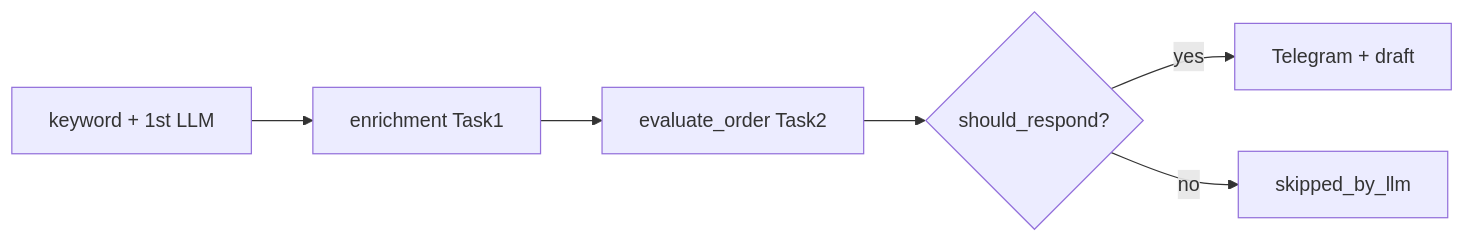
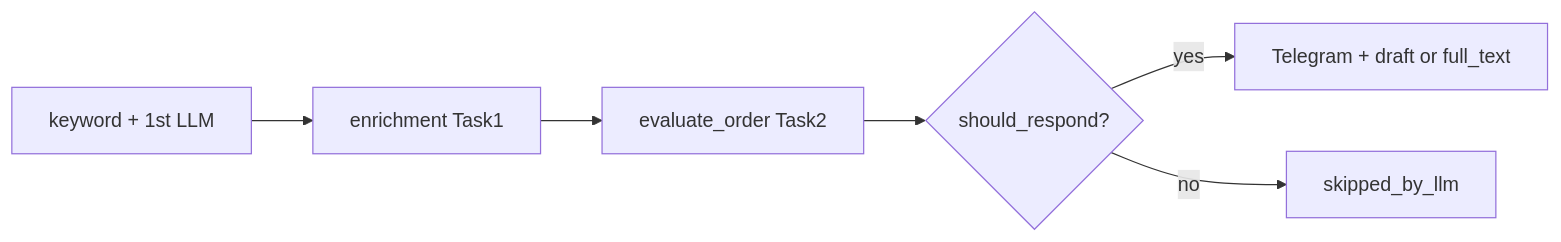
One commit to jeffrystone/test23 changed the diagram in workforge/docs/task-02-final-llm-filtering.md. Above: the diagram before and after it, drawn with Mermaid. The commit also changed other lines of this file and 14 other files, not shown here.

````diff
--- a/workforge/docs/task-02-final-llm-filtering.md
+++ b/workforge/docs/task-02-final-llm-filtering.md
@@ -13,8 +13,8 @@
 ```mermaid
 flowchart LR
   keyword[keyword + 1st LLM] --> enrich[enrichment Task1]
   enrich --> finalLlm[evaluate_order Task2]
   finalLlm --> decision{should_respond?}
-  decision -->|yes| telegram[Telegram + draft]
+  decision -->|yes| telegram[Telegram + draft or full_text]
   decision -->|no| skipped[skipped_by_llm]
 ```
````
